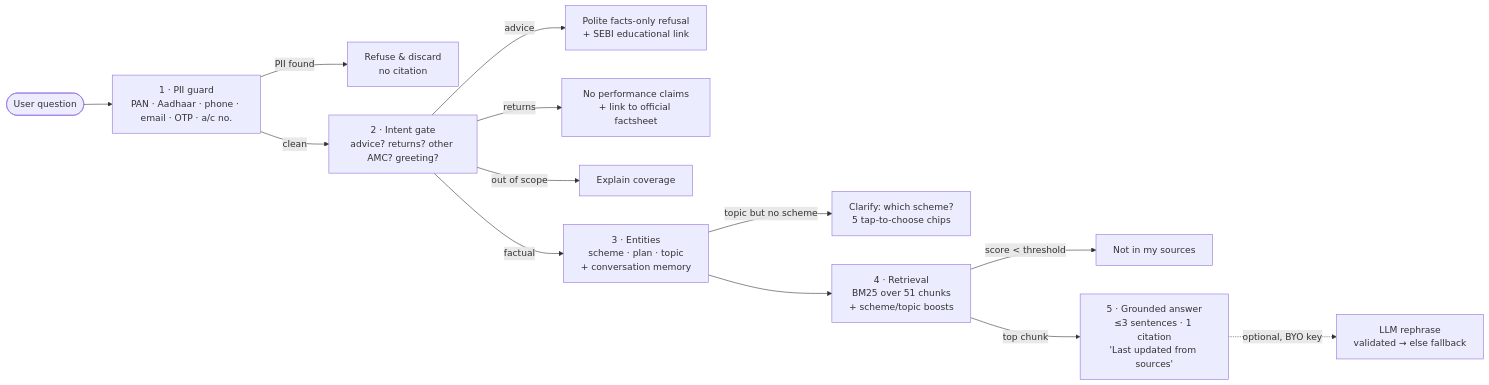
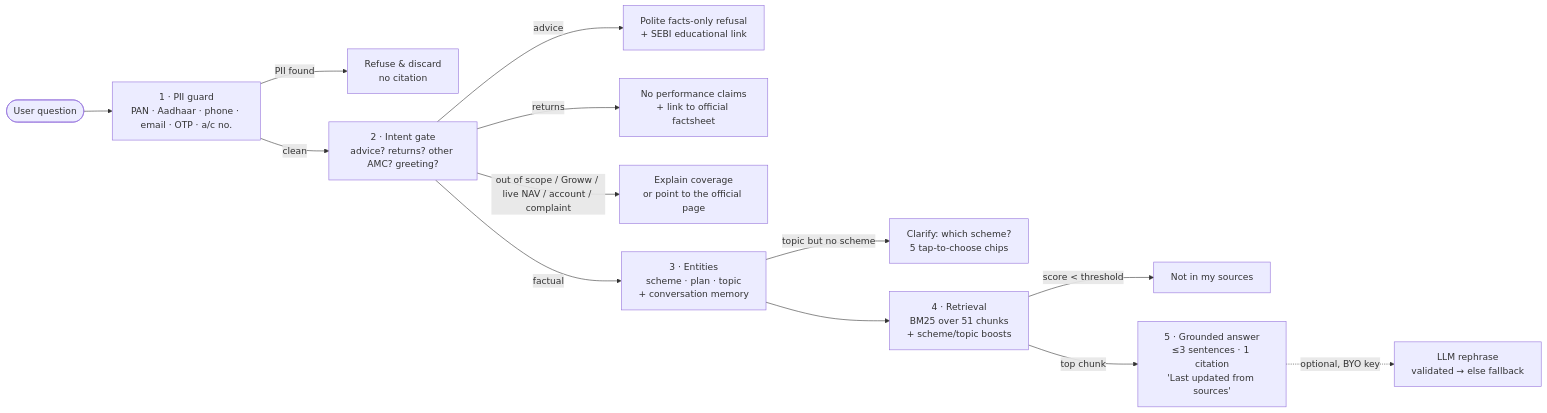
One commit to jaytech3/pramaan changed the diagram in README.md. Above: the diagram before and after it, drawn with Mermaid. The commit also changed other lines of this file and 5 other files, not shown here.

First line of the commit message:
Handle real-world situations: live NAV, account/complaint messages, factual superlatives, richer follow-ups

````diff
--- a/README.md
+++ b/README.md
@@ -37,15 +39,15 @@
 ```mermaid
 flowchart LR
     U([User question]) --> P[1 · PII guard<br/>PAN · Aadhaar · phone · email · OTP · a/c no.]
     P -- PII found --> R1[Refuse & discard<br/>no citation]
     P -- clean --> I[2 · Intent gate<br/>advice? returns? other AMC? greeting?]
     I -- advice --> R2[Polite facts-only refusal<br/>+ SEBI educational link]
     I -- returns --> R3[No performance claims<br/>+ link to official factsheet]
-    I -- out of scope --> R4[Explain coverage]
+    I -- out of scope / Groww / live NAV / account / complaint --> R4[Explain coverage<br/>or point to the official page]
     I -- factual --> E[3 · Entities<br/>scheme · plan · topic<br/>+ conversation memory]
     E -- topic but no scheme --> C[Clarify: which scheme?<br/>5 tap-to-choose chips]
     E --> RT[4 · Retrieval<br/>BM25 over 51 chunks<br/>+ scheme/topic boosts]
     RT -- score < threshold --> R5[Not in my sources]
     RT -- top chunk --> A[5 · Grounded answer<br/>≤3 sentences · 1 citation<br/>'Last updated from sources']
     A -. optional, BYO key .-> L[LLM rephrase<br/>validated → else fallback]
 ```
````
